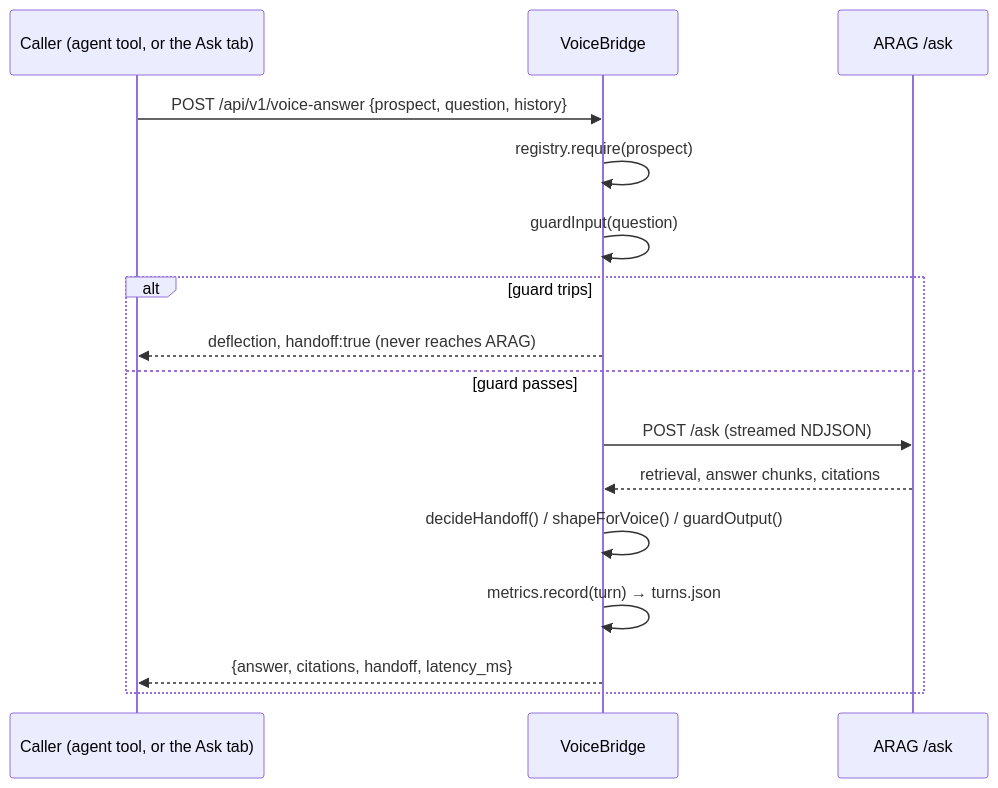
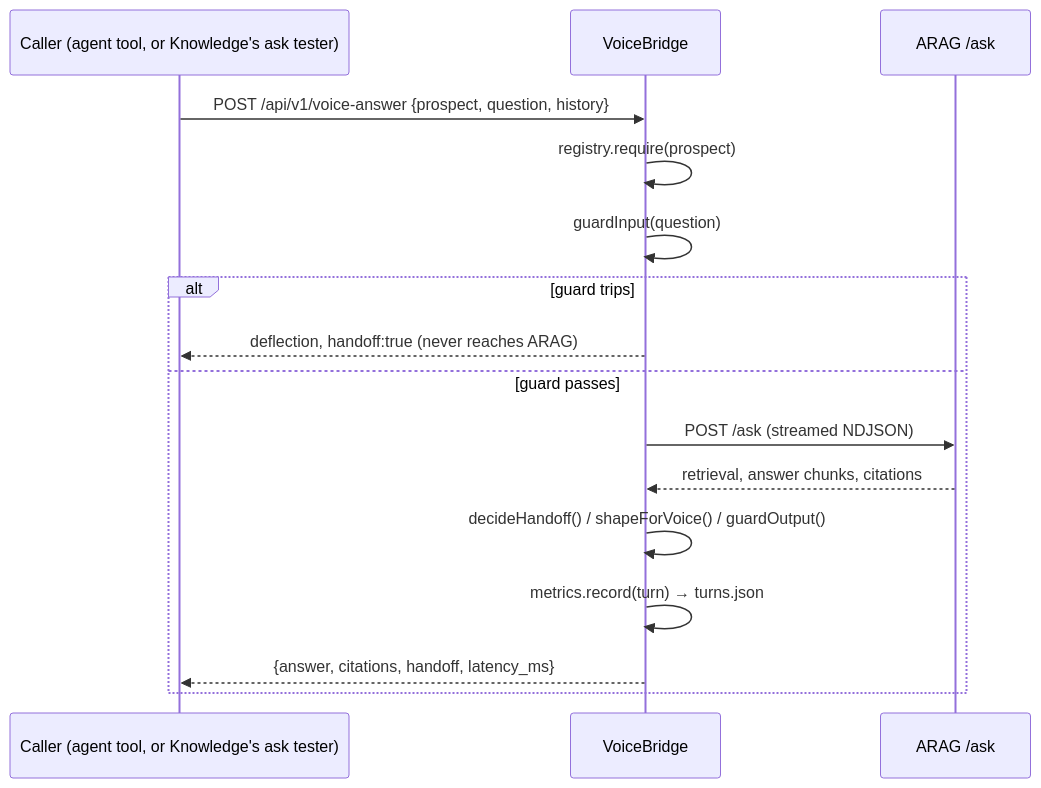
The second of 4 diagrams in docs/architecture/data-flow.md (jaysanderson/arag-voicebridge), drawn with Mermaid before and after one commit. The commit also changed other lines of this file and 17 other files, not shown here.

````diff
--- a/docs/architecture/data-flow.md
+++ b/docs/architecture/data-flow.md
@@ -105,19 +108,19 @@
 ```mermaid
 sequenceDiagram
-    participant C as Caller (agent tool, or the Ask tab)
+    participant C as Caller (agent tool, or Knowledge's ask tester)
     participant VB as VoiceBridge
     participant AR as ARAG /ask
 
     C->>VB: POST /api/v1/voice-answer {prospect, question, history}
     VB->>VB: registry.require(prospect)
     VB->>VB: guardInput(question)
     alt guard trips
         VB-->>C: deflection, handoff:true (never reaches ARAG)
     else guard passes
         VB->>AR: POST /ask (streamed NDJSON)
         AR-->>VB: retrieval, answer chunks, citations
         VB->>VB: decideHandoff() / shapeForVoice() / guardOutput()
         VB->>VB: metrics.record(turn) → turns.json
         VB-->>C: {answer, citations, handoff, latency_ms}
     end
 ```
````
